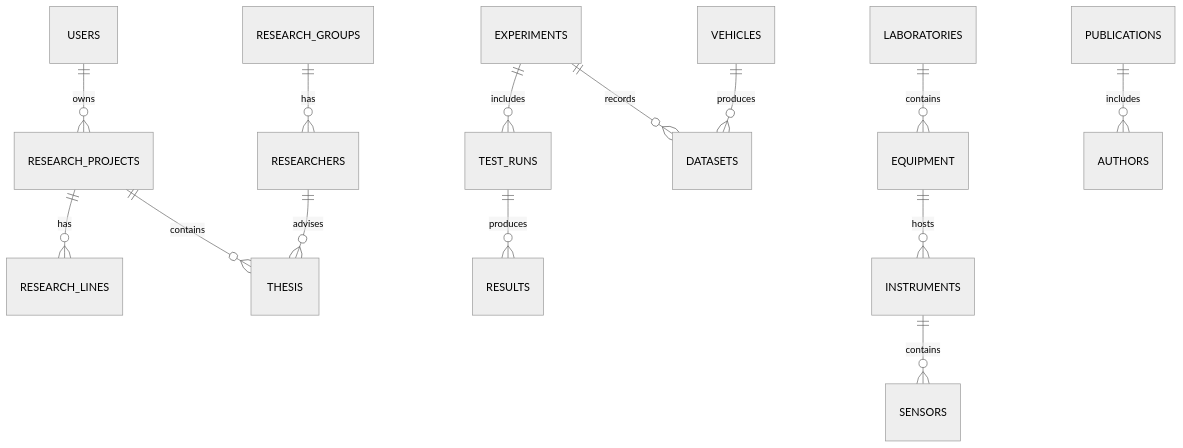
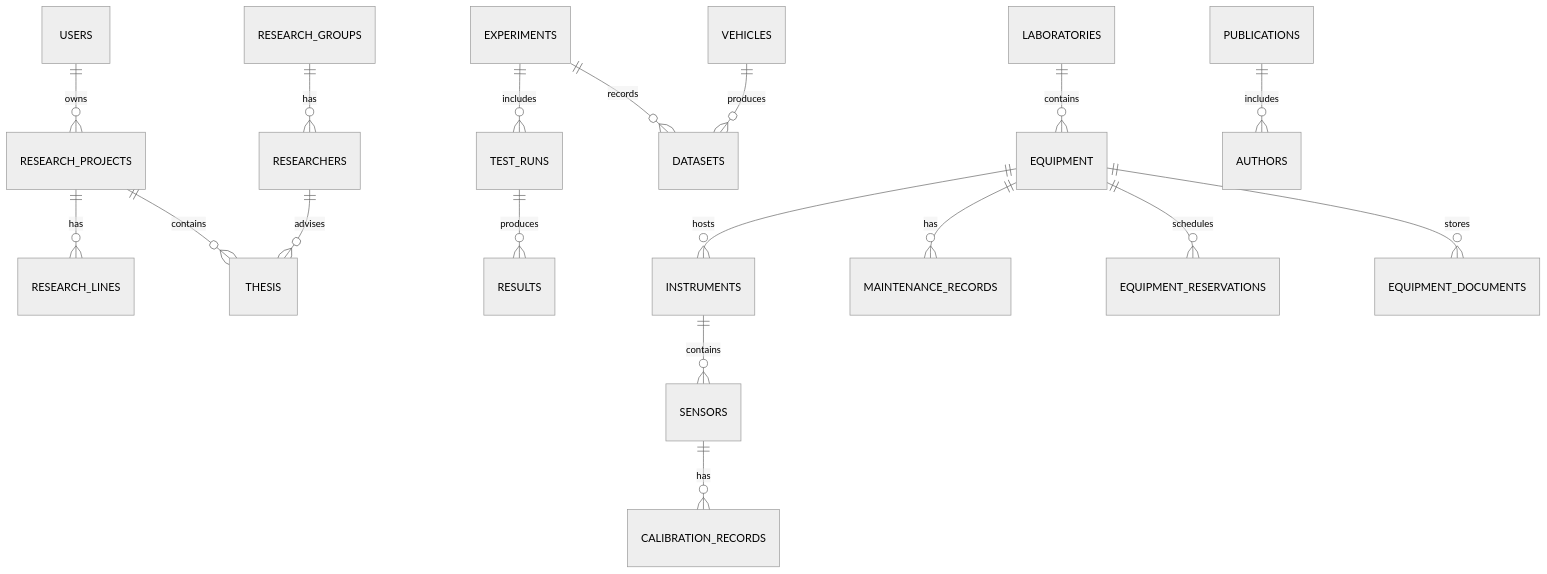
One commit to bolocuaical-byte/BCELP changed the diagram in docs/DATA_MODEL.md. Above: the diagram before and after it, drawn with Mermaid (neutral theme). The commit also changed other lines of this file and 8 other files, not shown here.

````diff
--- a/docs/DATA_MODEL.md
+++ b/docs/DATA_MODEL.md
@@ -68,16 +74,20 @@
 ```mermaid
 erDiagram
 	USERS ||--o{ RESEARCH_PROJECTS : owns
 	RESEARCH_PROJECTS ||--o{ RESEARCH_LINES : has
 	RESEARCH_PROJECTS ||--o{ THESIS : contains
 	RESEARCH_GROUPS ||--o{ RESEARCHERS : has
 	RESEARCHERS ||--o{ THESIS : advises
 	EXPERIMENTS ||--o{ TEST_RUNS : includes
 	TEST_RUNS ||--o{ RESULTS : produces
 	EXPERIMENTS ||--o{ DATASETS : records
 	LABORATORIES ||--o{ EQUIPMENT : contains
 	EQUIPMENT ||--o{ INSTRUMENTS : hosts
 	INSTRUMENTS ||--o{ SENSORS : contains
+	SENSORS ||--o{ CALIBRATION_RECORDS : has
+	EQUIPMENT ||--o{ MAINTENANCE_RECORDS : has
+	EQUIPMENT ||--o{ EQUIPMENT_RESERVATIONS : schedules
+	EQUIPMENT ||--o{ EQUIPMENT_DOCUMENTS : stores
 	VEHICLES ||--o{ DATASETS : produces
 	PUBLICATIONS ||--o{ AUTHORS : includes
 ```
````
